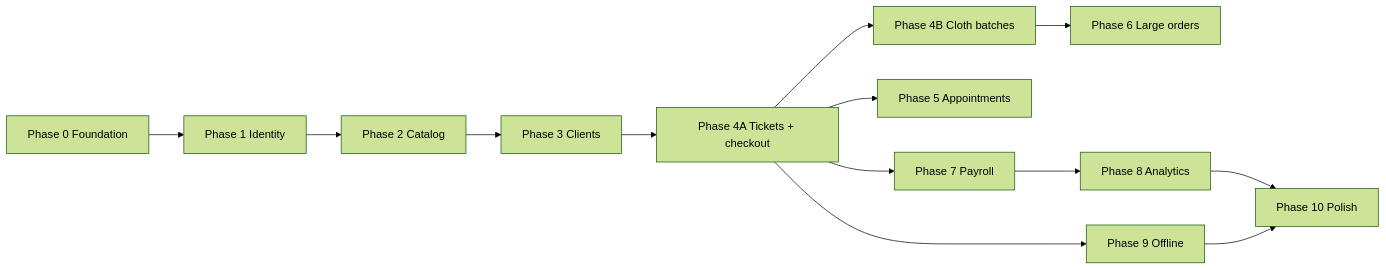
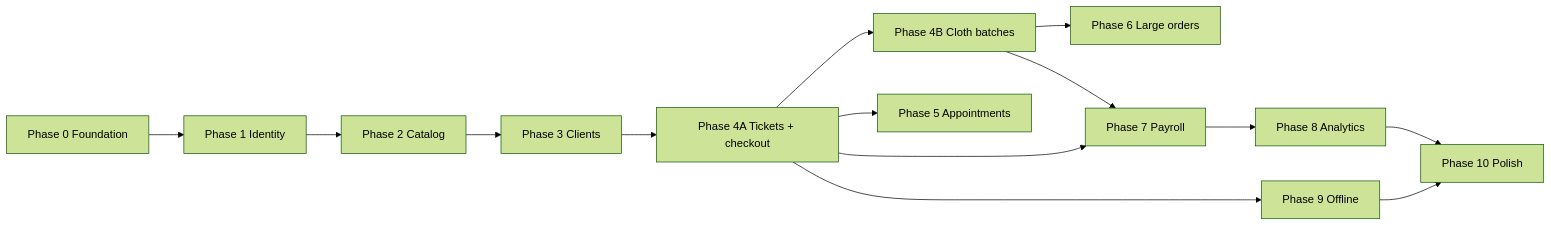
Before and after one commit to JuanDawd/innovation-befine: the diagram in docs/project-plan.md, drawn with Mermaid (forest theme). The commit also changed other lines of this file and 13 other files, not shown here.

````diff
--- a/docs/project-plan.md
+++ b/docs/project-plan.md
@@ -198,24 +198,25 @@
 ```mermaid
 flowchart LR
   P0[Phase 0 Foundation]
   P1[Phase 1 Identity]
   P2[Phase 2 Catalog]
   P3[Phase 3 Clients]
   P4A[Phase 4A Tickets + checkout]
   P4B[Phase 4B Cloth batches]
   P5[Phase 5 Appointments]
   P6[Phase 6 Large orders]
   P7[Phase 7 Payroll]
   P8[Phase 8 Analytics]
   P9[Phase 9 Offline]
   P10[Phase 10 Polish]
 
   P0 --> P1 --> P2 --> P3 --> P4A
   P4A --> P4B
   P4A --> P5
   P4B --> P6
   P4A --> P7 --> P8
+  P4B --> P7
   P4A --> P9
   P8 --> P10
   P9 --> P10
 ```
````
